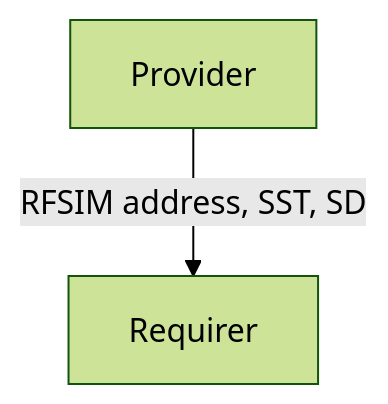
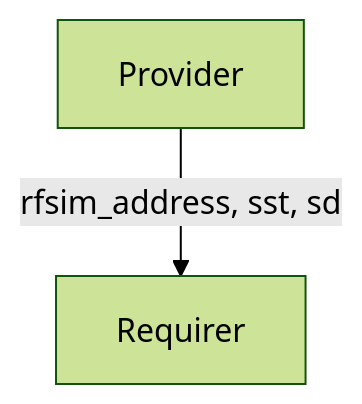
The diagram in interfaces/fiveg_rfsim/v0/README.md (canonical/charm-relation-interfaces), drawn with Mermaid (forest theme) before and after one commit.

Commit message:
use lowercase in the flowchart

````diff
--- a/interfaces/fiveg_rfsim/v0/README.md
+++ b/interfaces/fiveg_rfsim/v0/README.md
@@ -13,4 +13,4 @@
 ```mermaid
 flowchart TD
-    Provider -- RFSIM address, SST, SD --> Requirer
+    Provider -- rfsim_address, sst, sd --> Requirer
 ```
````
